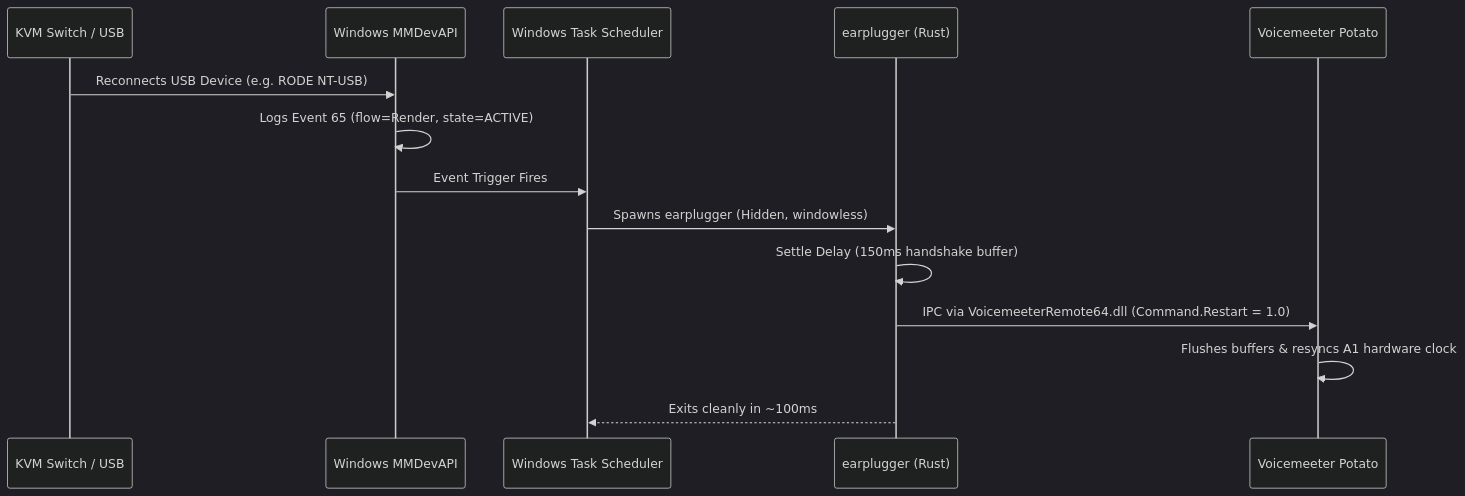
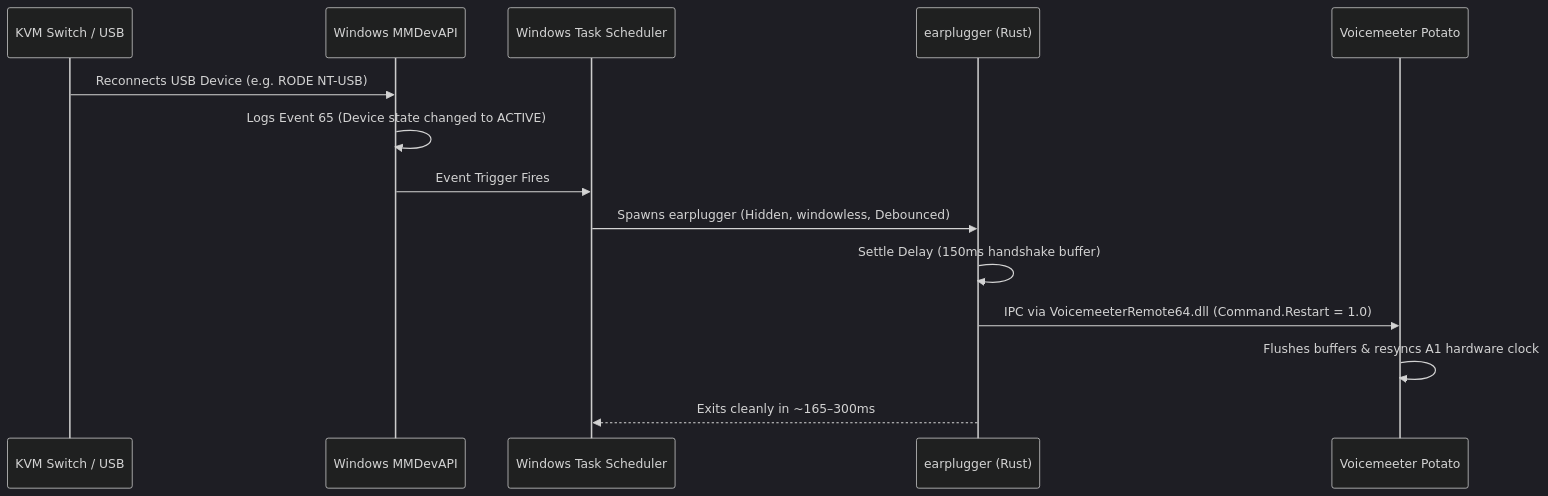
The diagram in README.md (johnathangallagher/earplugger), drawn with Mermaid (dark theme) before and after one commit. The commit also changed other lines of this file and 20 other files, not shown here.

````diff
--- a/README.md
+++ b/README.md
@@ -40,17 +40,17 @@
 ```mermaid
 sequenceDiagram
     participant KVM as KVM Switch / USB
     participant Win as Windows MMDevAPI
     participant Task as Windows Task Scheduler
     participant EP as earplugger (Rust)
     participant VM as Voicemeeter Potato
 
     KVM->>Win: Reconnects USB Device (e.g. RODE NT-USB)
-    Win->>Win: Logs Event 65 (flow=Render, state=ACTIVE)
+    Win->>Win: Logs Event 65 (Device state changed to ACTIVE)
     Win->>Task: Event Trigger Fires
-    Task->>EP: Spawns earplugger (Hidden, windowless)
+    Task->>EP: Spawns earplugger (Hidden, windowless, Debounced)
     EP->>EP: Settle Delay (150ms handshake buffer)
     EP->>VM: IPC via VoicemeeterRemote64.dll (Command.Restart = 1.0)
     VM->>VM: Flushes buffers & resyncs A1 hardware clock
-    EP-->>Task: Exits cleanly in ~100ms
+    EP-->>Task: Exits cleanly in ~165–300ms
 ```
````
